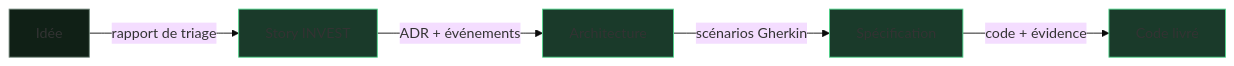
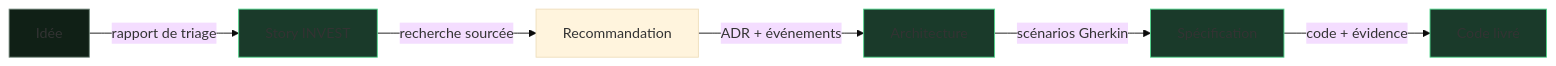
The diagram in docs/site/fr/explanation/pipeline/fil-rouge.md (SebastienDegodez/skraft-plugin), drawn with Mermaid (base theme) before and after one commit. The commit also changed other lines of this file and 12 other files, not shown here.

````diff
--- a/docs/site/fr/explanation/pipeline/fil-rouge.md
+++ b/docs/site/fr/explanation/pipeline/fil-rouge.md
@@ -27,12 +27,13 @@
 ```mermaid
 graph LR
     A[Idée] -->|rapport de triage| B[Story INVEST]
-    B -->|ADR + événements| C[Architecture]
+    B -->|recherche sourcée| R[Recommandation]
+    R -->|ADR + événements| C[Architecture]
     C -->|scénarios Gherkin| D[Spécification]
     D -->|code + évidence| E[Code livré]
     style A fill:#102016,stroke:#6f8478
     style B fill:#1a3a2a,stroke:#4ed58a
     style C fill:#1a3a2a,stroke:#4ed58a
     style D fill:#1a3a2a,stroke:#4ed58a
     style E fill:#1a3a2a,stroke:#4ed58a
 ```
````
